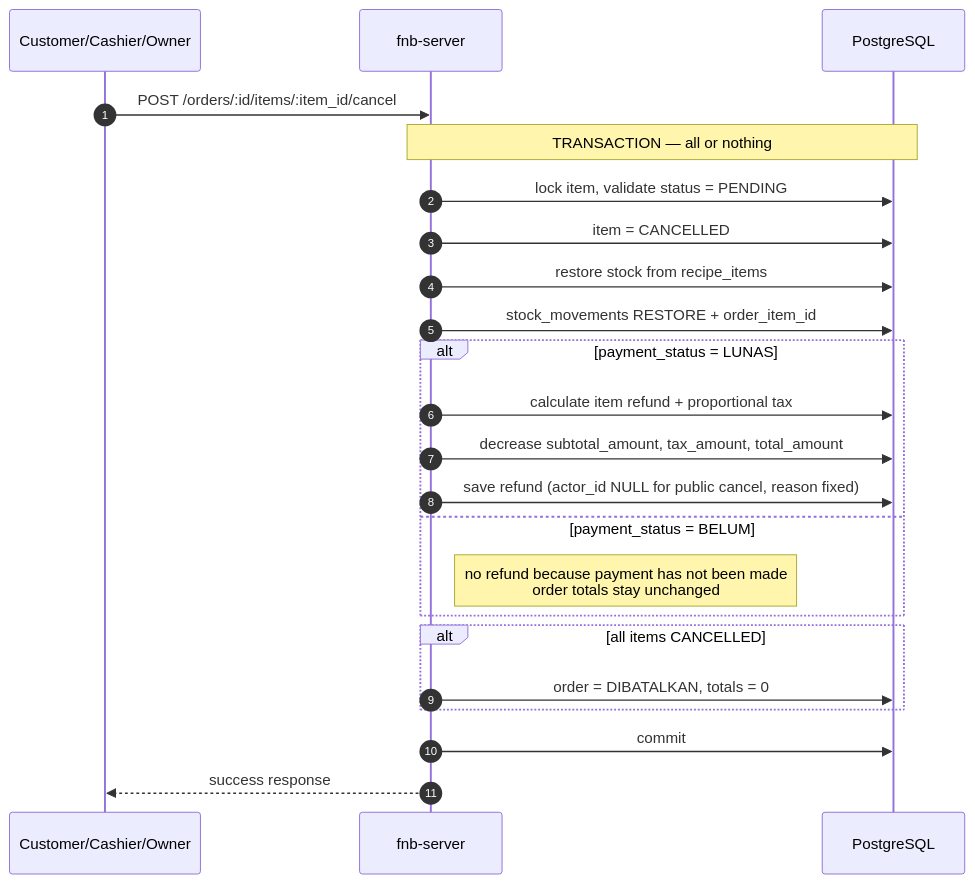
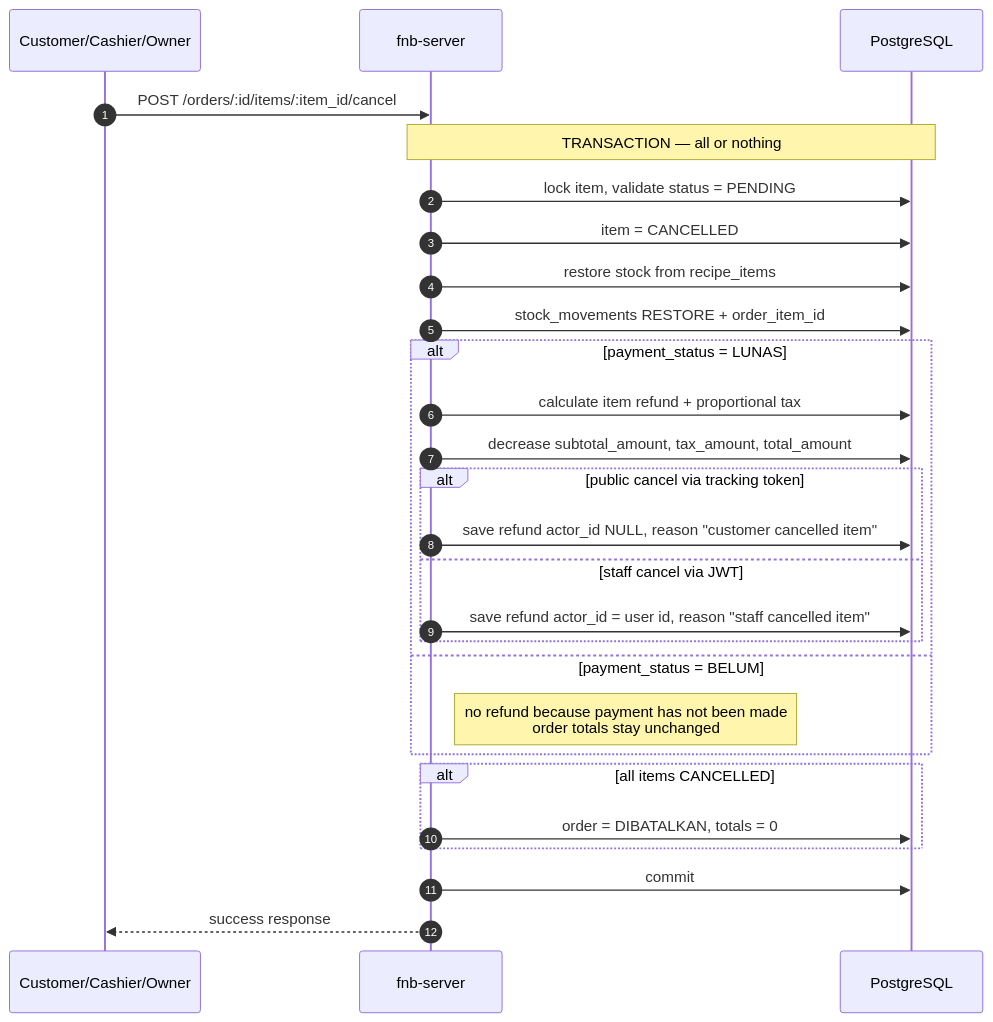
Before and after one commit to darmawandoni6/fnb-app: the fourth of 6 diagrams in fnb-server/docs/flow.md, drawn with Mermaid. The commit also changed other lines of this file and 33 other files, not shown here.

````diff
--- a/fnb-server/docs/flow.md
+++ b/fnb-server/docs/flow.md
@@ -74,28 +106,32 @@
 ```mermaid
 sequenceDiagram
     autonumber
     participant A as Customer/Cashier/Owner
     participant API as fnb-server
     participant DB as PostgreSQL
 
     A->>API: POST /orders/:id/items/:item_id/cancel
     Note over API,DB: TRANSACTION — all or nothing
     API->>DB: lock item, validate status = PENDING
     API->>DB: item = CANCELLED
     API->>DB: restore stock from recipe_items
     API->>DB: stock_movements RESTORE + order_item_id
 
     alt payment_status = LUNAS
         API->>DB: calculate item refund + proportional tax
         API->>DB: decrease subtotal_amount, tax_amount, total_amount
-        API->>DB: save refund (actor_id NULL for public cancel, reason fixed)
+        alt public cancel via tracking token
+            API->>DB: save refund actor_id NULL, reason "customer cancelled item"
+        else staff cancel via JWT
+            API->>DB: save refund actor_id = user id, reason "staff cancelled item"
+        end
     else payment_status = BELUM
         Note right of API: no refund because payment has not been made<br/>order totals stay unchanged
     end
 
     alt all items CANCELLED
         API->>DB: order = DIBATALKAN, totals = 0
     end
     API->>DB: commit
     API-->>A: success response
 ```
````
